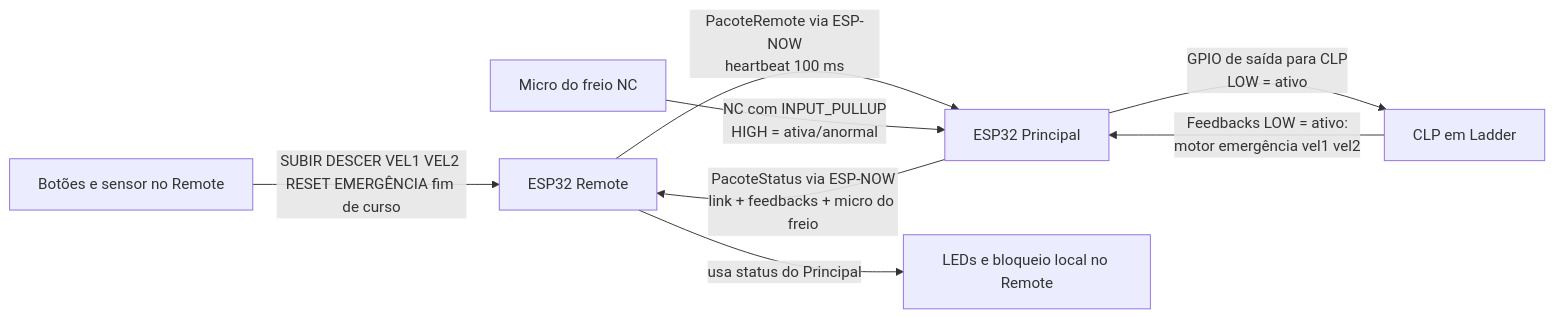
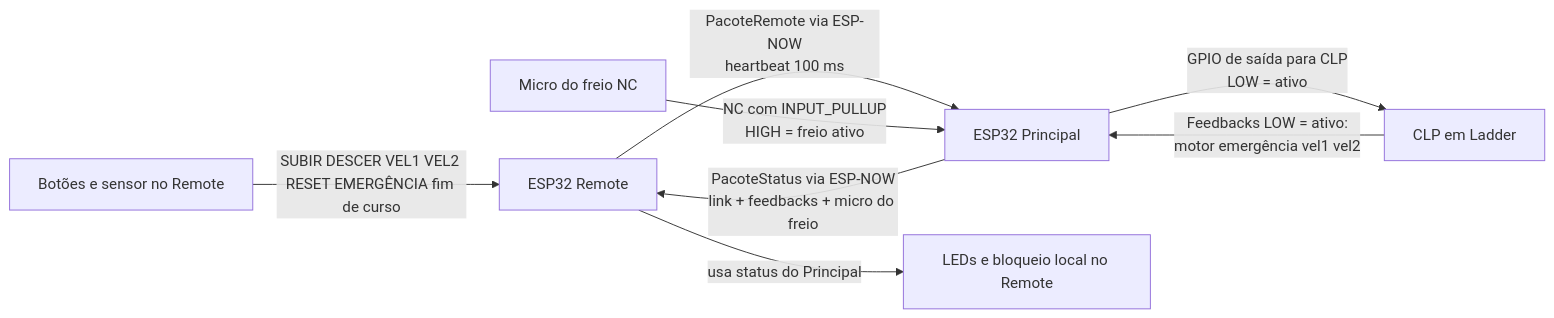
Before and after one commit to oondels/wireless_delivey_control: the diagram in README.md, drawn with Mermaid. The commit also changed other lines of this file and 12 other files, not shown here.

````diff
--- a/README.md
+++ b/README.md
@@ -66,17 +66,17 @@
 ```mermaid
 flowchart LR
     RBTN[Botões e sensor no Remote]
     REM[ESP32 Remote]
     PRI[ESP32 Principal]
     CLP[CLP em Ladder]
     MFR[Micro do freio NC]
     LEDS[LEDs e bloqueio local no Remote]
 
     RBTN -->|SUBIR DESCER VEL1 VEL2 RESET EMERGÊNCIA fim de curso| REM
     REM -->|PacoteRemote via ESP-NOW\nheartbeat 100 ms| PRI
     PRI -->|GPIO de saída para CLP\nLOW = ativo| CLP
     CLP -->|Feedbacks LOW = ativo:\nmotor emergência vel1 vel2| PRI
-    MFR -->|NC com INPUT_PULLUP\nHIGH = ativa/anormal| PRI
+    MFR -->|NC com INPUT_PULLUP\nHIGH = freio ativo| PRI
     PRI -->|PacoteStatus via ESP-NOW\nlink + feedbacks + micro do freio| REM
     REM -->|usa status do Principal| LEDS
 ```
````
